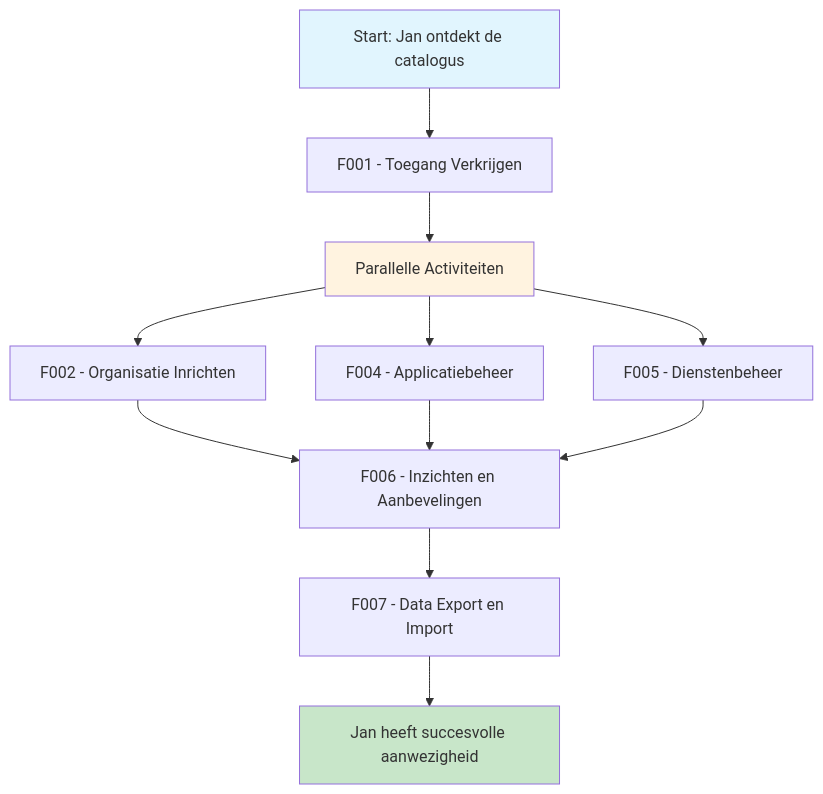
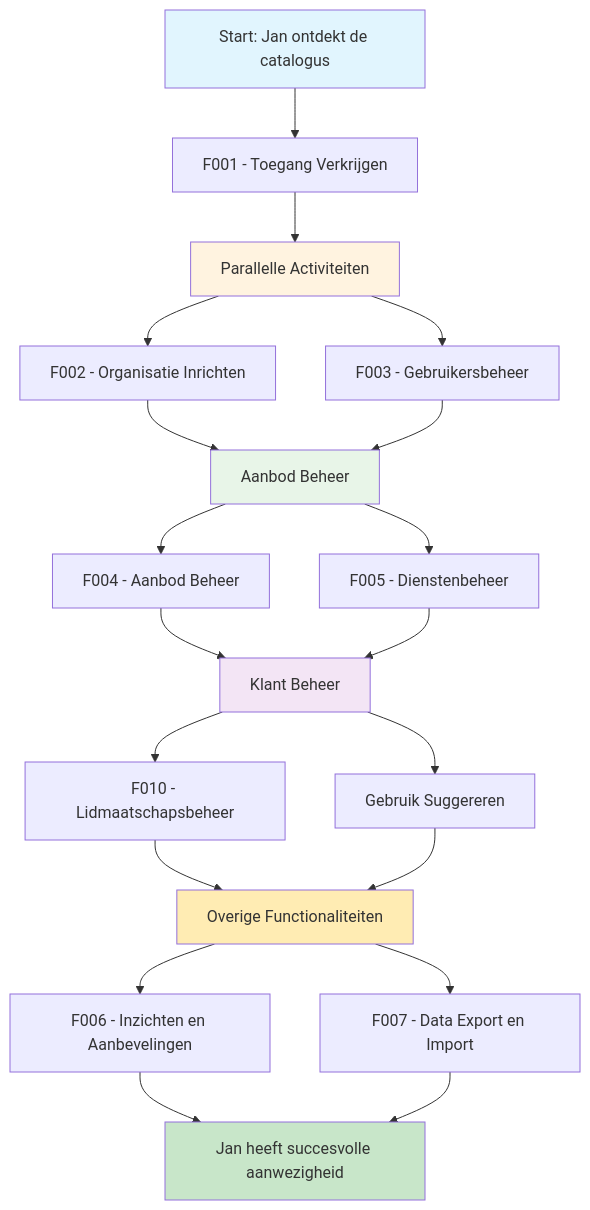
One commit to VNG-Realisatie/Softwarecatalogus changed the diagram in website/docs/Klantreizen/klantreis_leverancier.md. Above: the diagram before and after it, drawn with Mermaid. The commit also changed other lines of this file and 4 other files, not shown here.

````diff
--- a/website/docs/Klantreizen/klantreis_leverancier.md
+++ b/website/docs/Klantreizen/klantreis_leverancier.md
@@ -43,24 +43,40 @@
 ```mermaid
 flowchart TD
     A[Start: Jan ontdekt de catalogus] --> F001[F001 - Toegang Verkrijgen]
     F001 --> PARALLEL[Parallelle Activiteiten]
     
-    %% Parallelle stromen na registratie
+    %% Basis inrichting
     PARALLEL --> F002[F002 - Organisatie Inrichten]
-    PARALLEL --> F004[F004 - Applicatiebeheer]
-    PARALLEL --> F005[F005 - Dienstenbeheer]
+    PARALLEL --> F003[F003 - Gebruikersbeheer]
     
-    %% Convergentie naar promotie
-    F002 --> F006[F006 - Inzichten en Aanbevelingen]
-    F004 --> F006
-    F005 --> F006
+    %% Aanbod beheer
+    F002 --> AANBOD[Aanbod Beheer]
+    F003 --> AANBOD
     
-    %% Data activiteiten
-    F006 --> F007[F007 - Data Export en Import]
-    F007 --> END[Jan heeft succesvolle aanwezigheid]
+    AANBOD --> F004[F004 - Aanbod Beheer]
+    AANBOD --> F005[F005 - Dienstenbeheer]
+    
+    %% Klant beheer
+    F004 --> KLANT[Klant Beheer]
+    F005 --> KLANT
+    KLANT --> F010[F010 - Lidmaatschapsbeheer]
+    KLANT --> GEBRUIK[Gebruik Suggereren]
+    
+    %% Overige functionaliteiten
+    F010 --> OVERIG[Overige Functionaliteiten]
+    GEBRUIK --> OVERIG
+    
+    OVERIG --> F006[F006 - Inzichten en Aanbevelingen]
+    OVERIG --> F007[F007 - Data Export en Import]
+    
+    F006 --> END[Jan heeft succesvolle aanwezigheid]
+    F007 --> END
     
     %% Styling
     style A fill:#e1f5fe
     style END fill:#c8e6c9
     style PARALLEL fill:#fff3e0
+    style AANBOD fill:#e8f5e8
+    style KLANT fill:#f3e5f5
+    style OVERIG fill:#ffecb3
 ```
````
